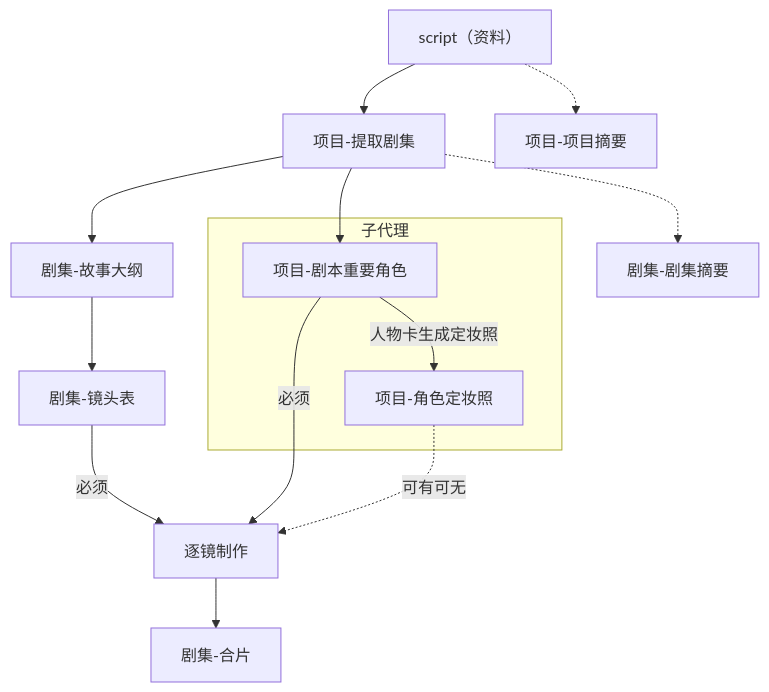
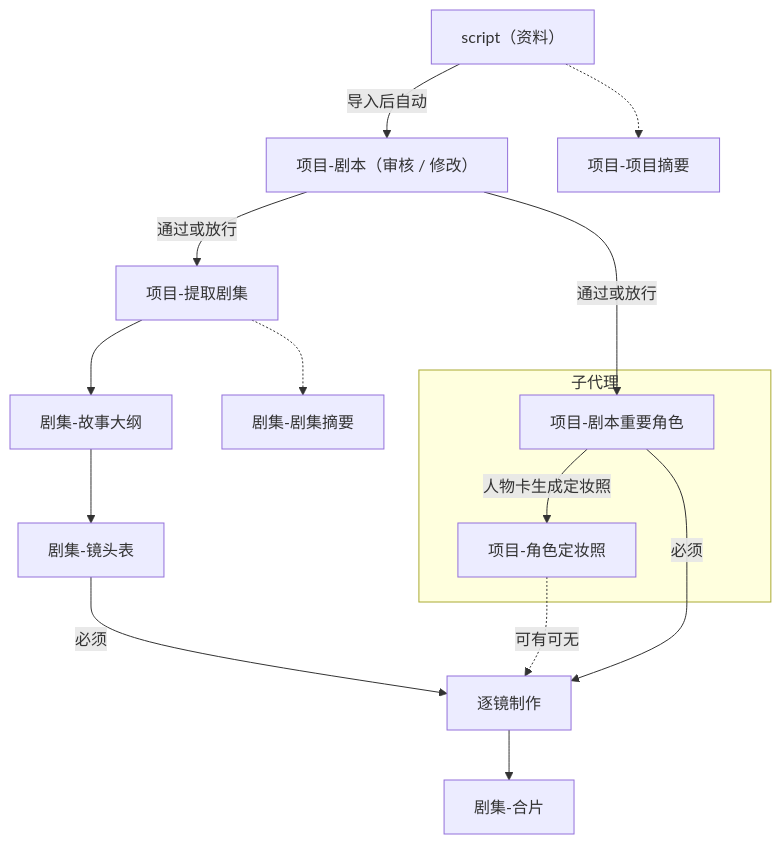
The first of 3 diagrams in meiji/dev_docs/制作工作流.md (senbenyi/meiji-harness), drawn with Mermaid before and after one commit. The commit also changed other lines of this file and 55 other files, not shown here.

````diff
--- a/meiji/dev_docs/制作工作流.md
+++ b/meiji/dev_docs/制作工作流.md
@@ -38,27 +38,29 @@
 ```mermaid
 flowchart TD
   script["script（资料）"]
+  review["项目-剧本（审核 / 修改）"]
   split["项目-提取剧集"]
   outline["剧集-故事大纲"]
   board["剧集-镜头表"]
   shot["逐镜制作"]
   asm["剧集-合片"]
   psum["项目-项目摘要"]
   esum["剧集-剧集摘要"]
 
   subgraph cast["子代理"]
     people["项目-剧本重要角色"]
     look["项目-角色定妆照"]
     people -->|人物卡生成定妆照| look
   end
 
-  script --> split
+  script -->|导入后自动| review
+  review -->|通过或放行| split
   split --> outline --> board
-  split --> people
+  review -->|通过或放行| people
   board -->|必须| shot
   people -->|必须| shot
   look -.->|可有可无| shot
   shot --> asm
   script -.-> psum
   split -.-> esum
 ```
````
